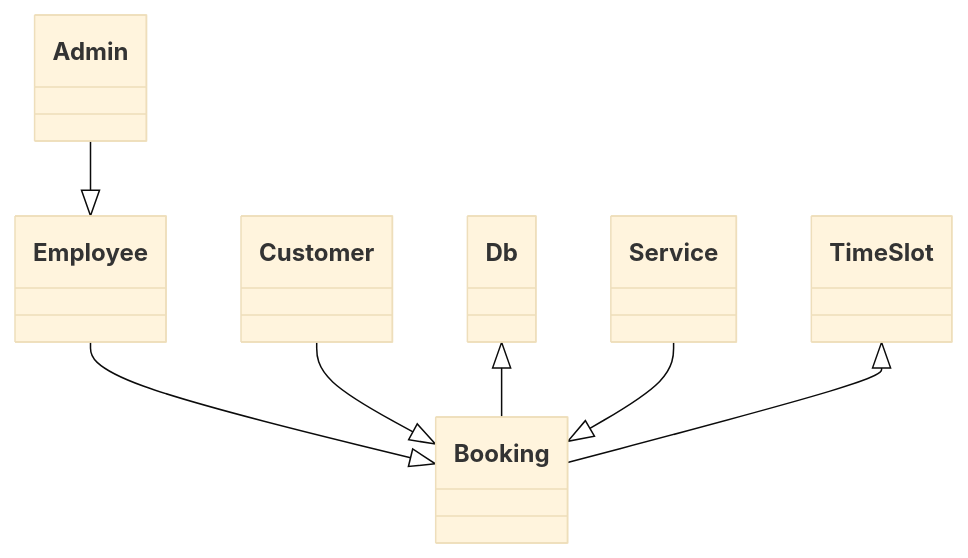
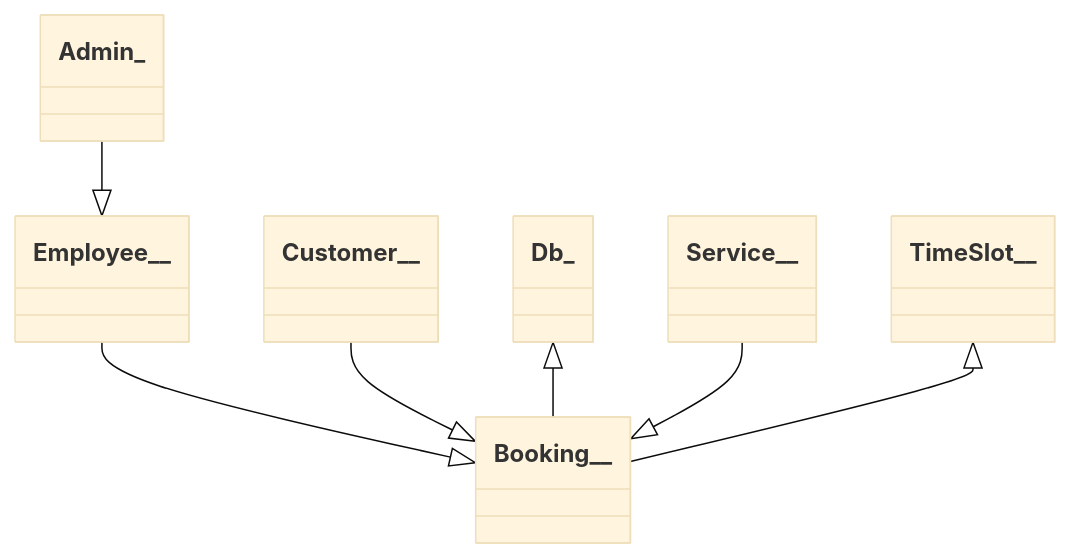
Before and after one commit to ZnowBaka/Haarmoni-ka: the diagram in Diagram/Overall/Domain.md, drawn with Mermaid (base theme). The commit also changed 2 other files, not shown here.

Commit message:
Diagrams
Diagrams cleaned up and package diagram now stacks

````diff
--- a/Diagram/Overall/Domain.md
+++ b/Diagram/Overall/Domain.md
@@ -4,12 +4,12 @@
 ```mermaid
     classDiagram
 
-        Employee--|>Booking
-        Customer--|>Booking
-        Admin--|>Employee
-        Db<|--Booking
-        Service--|>Booking
-        TimeSlot<|--Booking
+        Employee__--|>Booking__
+        Customer__--|>Booking__
+        Admin_--|>Employee__
+        Db_<|--Booking__
+        Service__--|>Booking__
+        TimeSlot__<|--Booking__
         
                 
 ```
````
